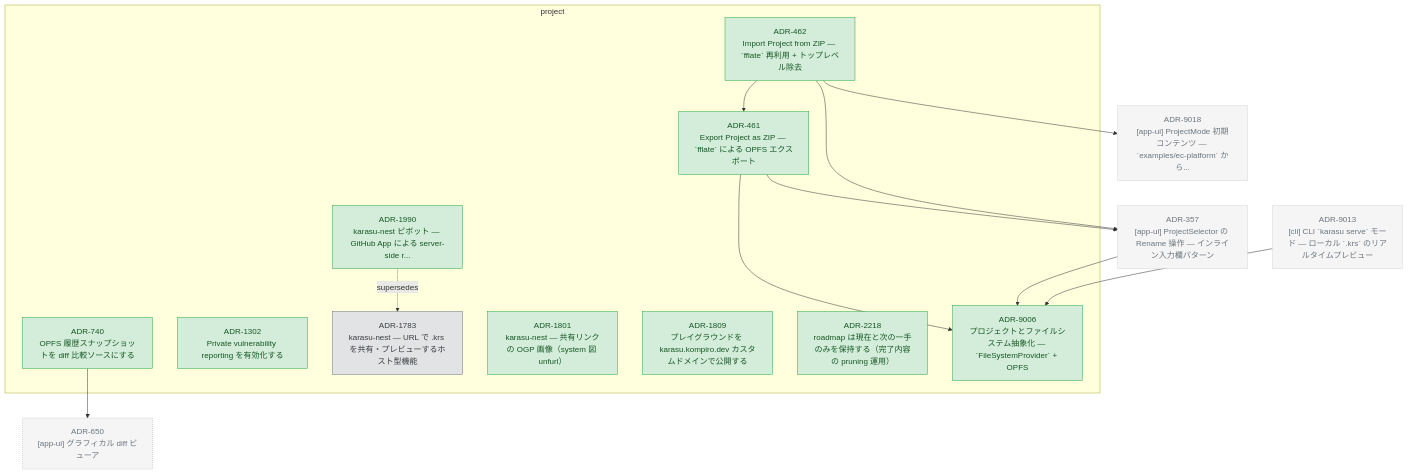
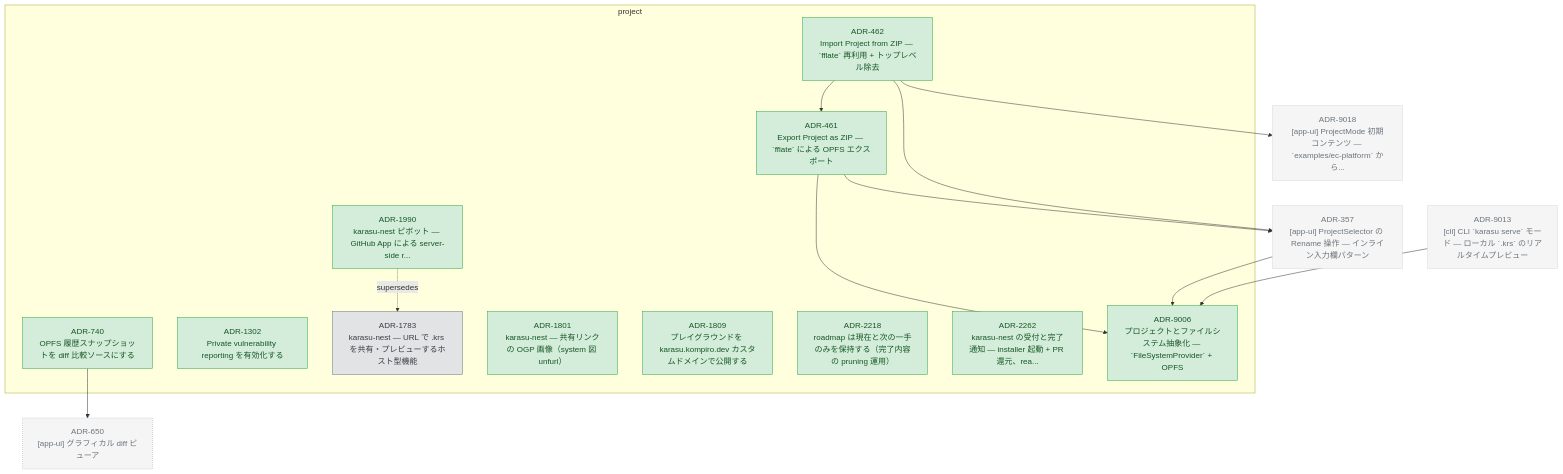
One commit to kompiro/karasu changed the diagram in docs/adr/graph/project.md. Above: the diagram before and after it, drawn with Mermaid. The commit also changed other lines of this file and 3 other files, not shown here.

First line of the commit message:
docs(adr): decide karasu-nest's intake and completion reporting (ADR-2262)

````diff
--- a/docs/adr/graph/project.md
+++ b/docs/adr/graph/project.md
@@ -6,49 +6,51 @@
 ```mermaid
 flowchart TD
   subgraph project["project"]
     ADR_461["ADR-461<br/>Export Project as ZIP — `fflate` による OPFS エクスポート"]
     ADR_462["ADR-462<br/>Import Project from ZIP — `fflate` 再利用 + トップレベル除去"]
     ADR_740["ADR-740<br/>OPFS 履歴スナップショットを diff 比較ソースにする"]
     ADR_1302["ADR-1302<br/>Private vulnerability reporting を有効化する"]
     ADR_1783["ADR-1783<br/>karasu-nest — URL で .krs を共有・プレビューするホスト型機能"]
     ADR_1801["ADR-1801<br/>karasu-nest — 共有リンクの OGP 画像（system 図 unfurl）"]
     ADR_1809["ADR-1809<br/>プレイグラウンドを karasu.kompiro.dev カスタムドメインで公開する"]
     ADR_1990["ADR-1990<br/>karasu-nest ピボット — GitHub App による server-side r..."]
     ADR_2218["ADR-2218<br/>roadmap は現在と次の一手のみを保持する（完了内容の pruning 運用）"]
+    ADR_2262["ADR-2262<br/>karasu-nest の受付と完了通知 — installer 起動 + PR 還元、rea..."]
     ADR_9006["ADR-9006<br/>プロジェクトとファイルシステム抽象化 — `FileSystemProvider` + OPFS"]
   end
   ADR_357["ADR-357<br/>[app-ui] ProjectSelector の Rename 操作 — インライン入力欄パターン"]
   ADR_650["ADR-650<br/>[app-ui] グラフィカル diff ビューア"]
   ADR_9013["ADR-9013<br/>[cli] CLI `karasu serve` モード — ローカル `.krs` のリアルタイムプレビュー"]
   ADR_9018["ADR-9018<br/>[app-ui] ProjectMode 初期コンテンツ — `examples/ec-platform` から..."]
   ADR_461 --> ADR_9006
   ADR_461 --> ADR_357
   ADR_462 --> ADR_357
   ADR_462 --> ADR_9018
   ADR_462 --> ADR_461
   ADR_740 --> ADR_650
   ADR_357 --> ADR_9006
   ADR_9013 --> ADR_9006
   ADR_1990 -.supersedes.-> ADR_1783
 
   classDef accepted fill:#d4edda,stroke:#28a745,color:#155724
   classDef proposed fill:#fff3cd,stroke:#ffc107,color:#856404
   classDef deprecated fill:#f8d7da,stroke:#dc3545,color:#721c24
   classDef superseded fill:#e2e3e5,stroke:#6c757d,color:#383d41
   classDef not_adopted fill:#e2e3e5,stroke:#6c757d,color:#383d41,stroke-dasharray:3 3
   classDef ghost fill:#f5f5f5,stroke:#adb5bd,color:#6c757d,stroke-dasharray:2 2
   class ADR_461 accepted
   class ADR_462 accepted
   class ADR_740 accepted
   class ADR_1302 accepted
   class ADR_1783 superseded
   class ADR_1801 accepted
   class ADR_1809 accepted
   class ADR_1990 accepted
   class ADR_2218 accepted
+  class ADR_2262 accepted
   class ADR_9006 accepted
   class ADR_357 ghost
   class ADR_650 ghost
   class ADR_9013 ghost
   class ADR_9018 ghost
 ```
````
